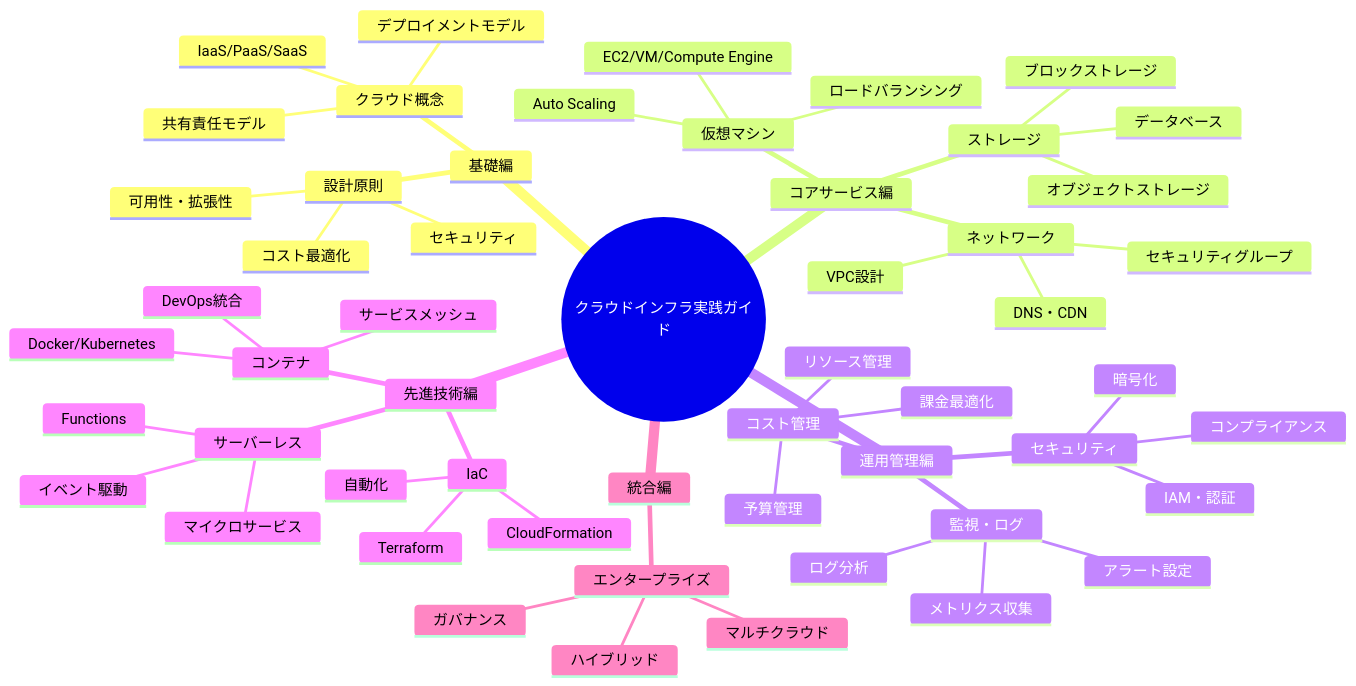
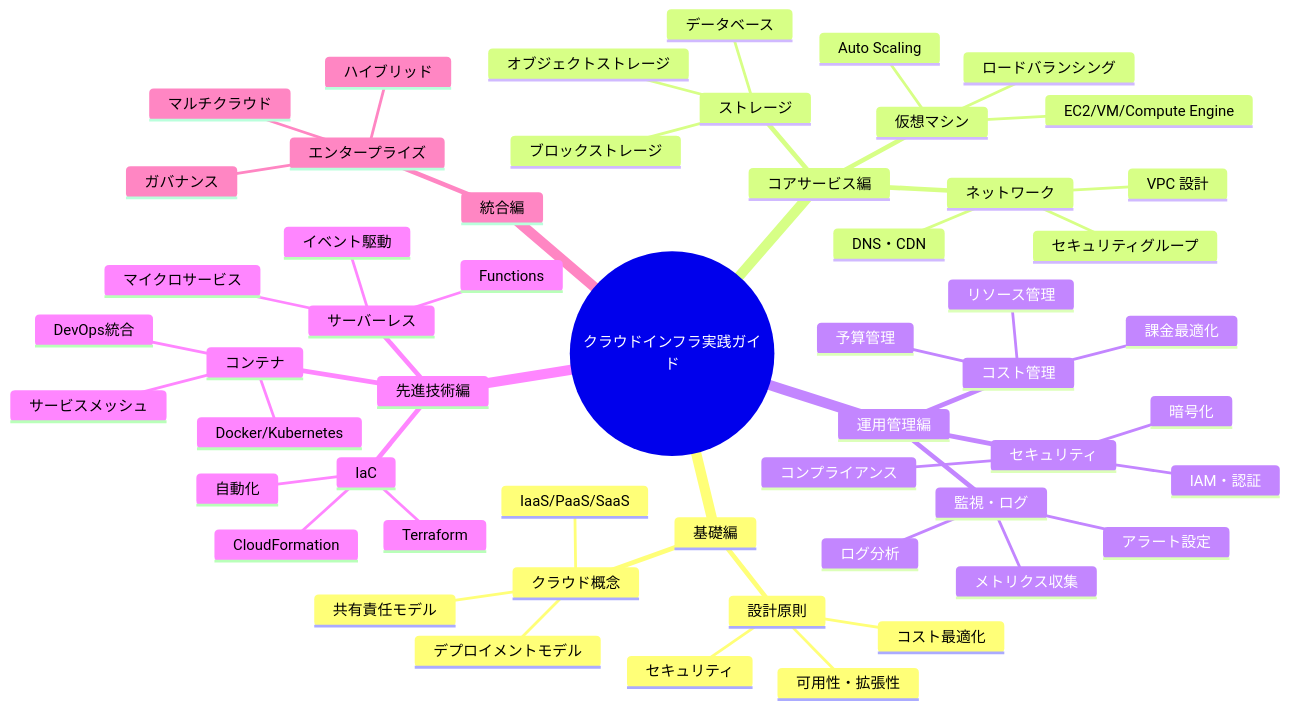
Before and after one commit to itdojp/cloud-infra-book: the first of 2 diagrams in src/introduction/index.md, drawn with Mermaid. The commit also changed 23 other files, not shown here.

````diff
--- a/src/introduction/index.md
+++ b/src/introduction/index.md
@@ -34,57 +34,57 @@
 ```mermaid
 mindmap
   root((クラウドインフラ実践ガイド))
     基礎編
       クラウド概念
         IaaS/PaaS/SaaS
         共有責任モデル
         デプロイメントモデル
       設計原則
         可用性・拡張性
         セキュリティ
         コスト最適化
     コアサービス編
       仮想マシン
         EC2/VM/Compute Engine
         Auto Scaling
         ロードバランシング
       ストレージ
         オブジェクトストレージ
         ブロックストレージ
         データベース
       ネットワーク
-        VPC設計
+        VPC 設計
         DNS・CDN
         セキュリティグループ
     運用管理編
       セキュリティ
         IAM・認証
         暗号化
         コンプライアンス
       監視・ログ
         メトリクス収集
         アラート設定
         ログ分析
       コスト管理
         課金最適化
         リソース管理
         予算管理
     先進技術編
       サーバーレス
         Functions
         イベント駆動
         マイクロサービス
       コンテナ
         Docker/Kubernetes
         サービスメッシュ
         DevOps統合
       IaC
         Terraform
         CloudFormation
         自動化
     統合編
       エンタープライズ
         マルチクラウド
         ハイブリッド
         ガバナンス
 ```
````
